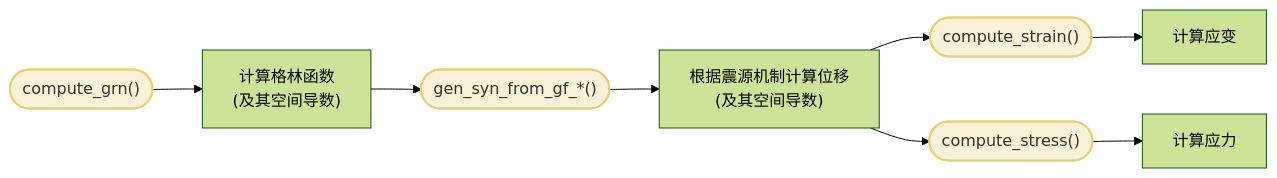
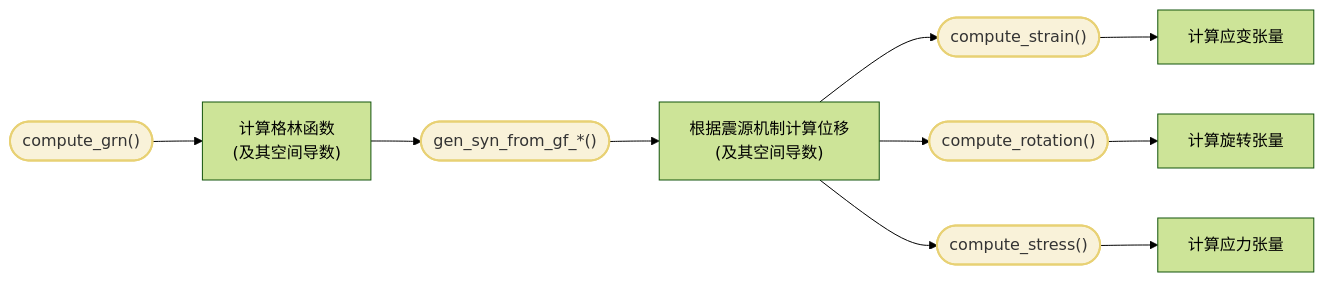
The first of 2 diagrams in docs/source/Tutorial/index.rst (Dengda98/PyGRT), drawn with Mermaid (forest theme) before and after one commit. The commit also changed other lines of this file and 2 other files, not shown here.

Commit message:
DOC: fix some typos, update mermaid flowchart

```diff
--- a/docs/source/Tutorial/index.rst
+++ b/docs/source/Tutorial/index.rst
@@ -17,24 +17,27 @@
 .. mermaid::
     :zoom:
 
     flowchart LR 
 
         GG(["compute_grn()"])
         SS(["gen_syn_from_gf_*()"])
         EE(["compute_strain()"])
+        RR(["compute_rotation()"])
         TT(["compute_stress()"])
 
         G["计算格林函数
         (及其空间导数)"]
         S["根据震源机制计算位移
         (及其空间导数)"]
-        E["计算应变"]
-        T["计算应力"]
+        E["计算应变张量"]
+        R["计算旋转张量"]
+        T["计算应力张量"]
 
         GG --> G
         G --> SS --> S
         S --> EE --> E
+        S --> RR --> R
         S --> TT --> T
         
         classDef cmdcls fill:#f9f2d9,stroke:#e8d174,stroke-width:2px,color:#333;
-        class GG,SS,EE,TT cmdcls
+        class GG,SS,EE,RR,TT cmdcls
```
